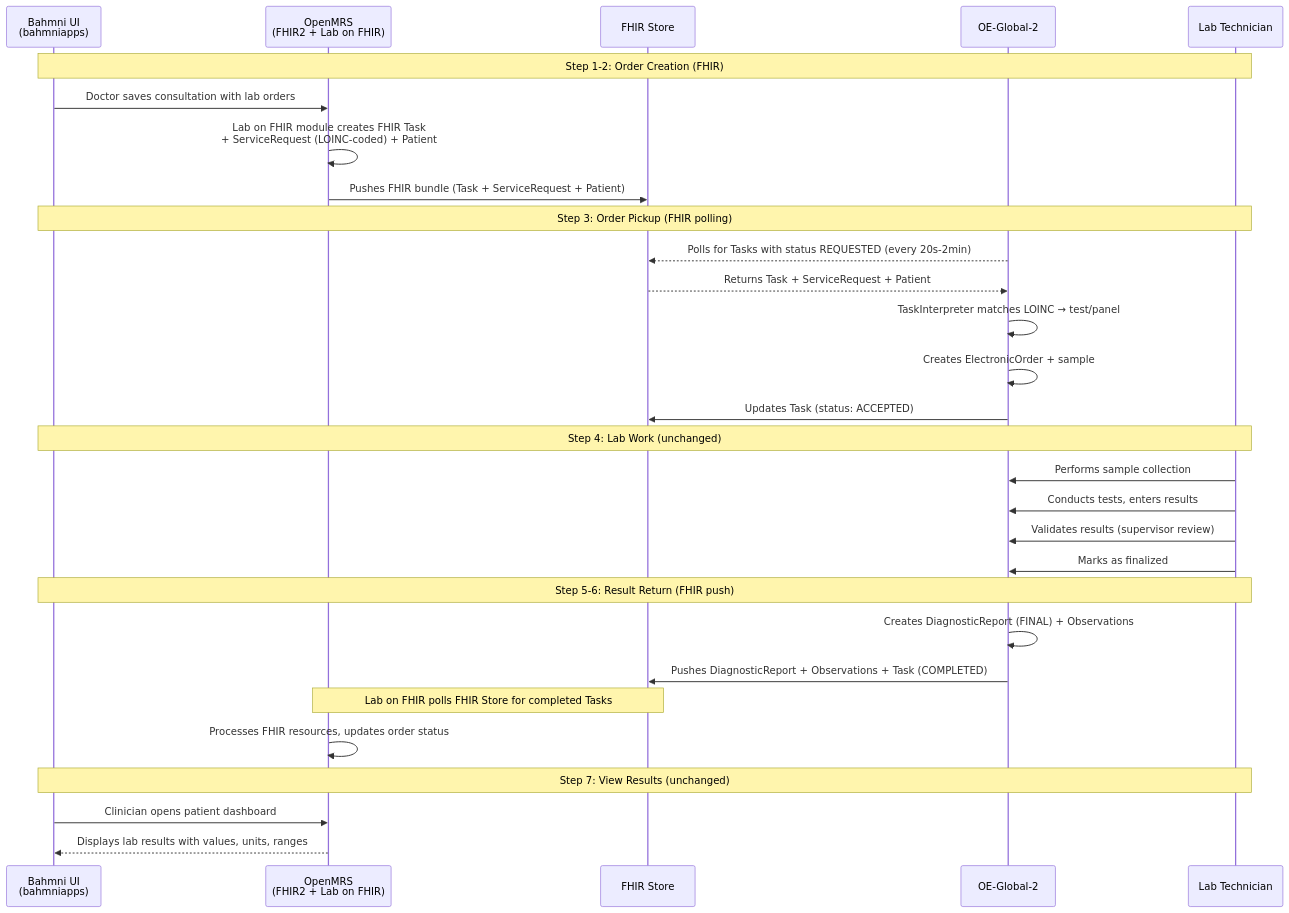
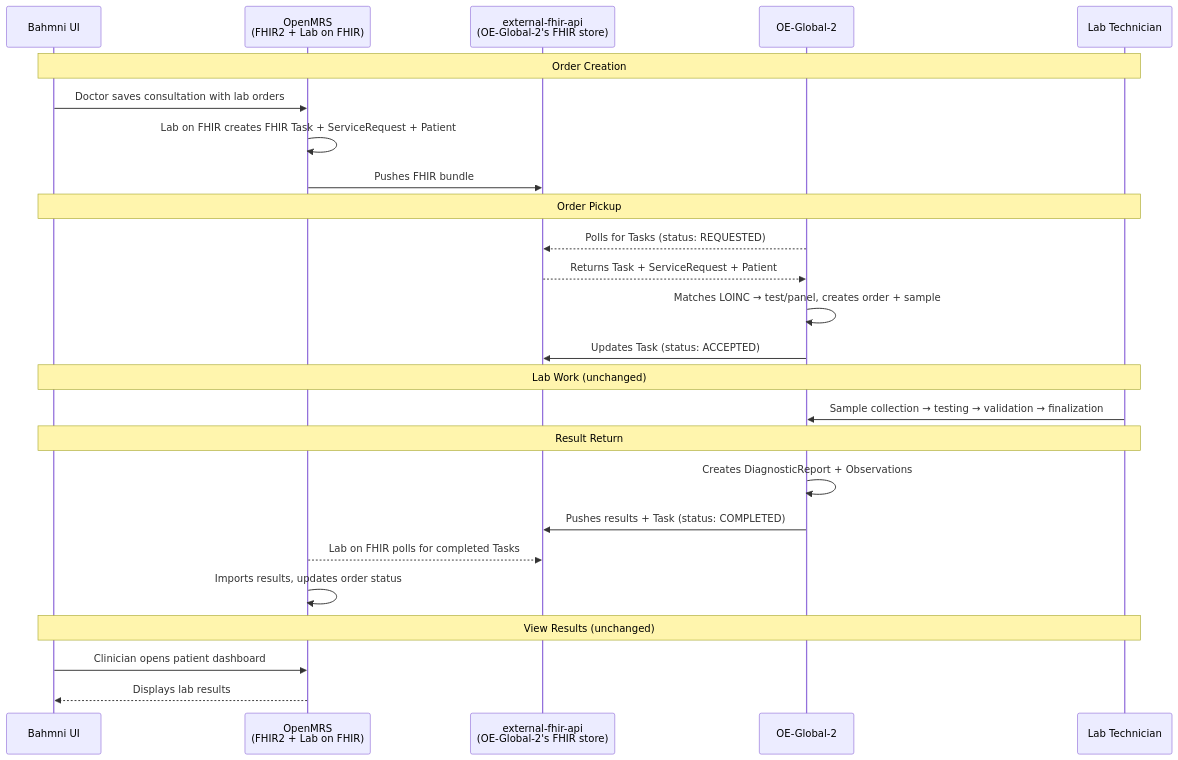
One commit to Bahmni/OpenElis changed the first of 2 diagrams in docs/proposed-flow-detail.md. Above: the diagram before and after it, drawn with Mermaid. The commit also changed other lines of this file and 4 other files, not shown here.

````diff
--- a/docs/proposed-flow-detail.md
+++ b/docs/proposed-flow-detail.md
@@ -16,36 +13,32 @@
 ```mermaid
 sequenceDiagram
-    participant UI as Bahmni UI<br/>(bahmniapps)
+    participant UI as Bahmni UI
     participant MRS as OpenMRS<br/>(FHIR2 + Lab on FHIR)
-    participant FHIR as FHIR Store
+    participant FHIR as external-fhir-api<br/>(OE-Global-2's FHIR store)
     participant OEG as OE-Global-2
     participant LAB as Lab Technician
 
-    Note over UI,LAB: Step 1-2: Order Creation (FHIR)
+    Note over UI,LAB: Order Creation
     UI->>MRS: Doctor saves consultation with lab orders
-    MRS->>MRS: Lab on FHIR module creates FHIR Task<br/>+ ServiceRequest (LOINC-coded) + Patient
-    MRS->>FHIR: Pushes FHIR bundle (Task + ServiceRequest + Patient)
+    MRS->>MRS: Lab on FHIR creates FHIR Task + ServiceRequest + Patient
+    MRS->>FHIR: Pushes FHIR bundle
 
-    Note over UI,LAB: Step 3: Order Pickup (FHIR polling)
-    OEG-->>FHIR: Polls for Tasks with status REQUESTED (every 20s-2min)
+    Note over UI,LAB: Order Pickup
+    OEG-->>FHIR: Polls for Tasks (status: REQUESTED)
     FHIR-->>OEG: Returns Task + ServiceRequest + Patient
-    OEG->>OEG: TaskInterpreter matches LOINC → test/panel
-    OEG->>OEG: Creates ElectronicOrder + sample
+    OEG->>OEG: Matches LOINC → test/panel, creates order + sample
     OEG->>FHIR: Updates Task (status: ACCEPTED)
 
-    Note over UI,LAB: Step 4: Lab Work (unchanged)
-    LAB->>OEG: Performs sample collection
-    LAB->>OEG: Conducts tests, enters results
-    LAB->>OEG: Validates results (supervisor review)
-    LAB->>OEG: Marks as finalized
+    Note over UI,LAB: Lab Work (unchanged)
+    LAB->>OEG: Sample collection → testing → validation → finalization
 
-    Note over UI,LAB: Step 5-6: Result Return (FHIR push)
-    OEG->>OEG: Creates DiagnosticReport (FINAL) + Observations
-    OEG->>FHIR: Pushes DiagnosticReport + Observations + Task (COMPLETED)
-    Note over MRS,FHIR: Lab on FHIR polls FHIR Store for completed Tasks
-    MRS->>MRS: Processes FHIR resources, updates order status
+    Note over UI,LAB: Result Return
+    OEG->>OEG: Creates DiagnosticReport + Observations
+    OEG->>FHIR: Pushes results + Task (status: COMPLETED)
+    MRS-->>FHIR: Lab on FHIR polls for completed Tasks
+    MRS->>MRS: Imports results, updates order status
 
-    Note over UI,LAB: Step 7: View Results (unchanged)
+    Note over UI,LAB: View Results (unchanged)
     UI->>MRS: Clinician opens patient dashboard
-    MRS-->>UI: Displays lab results with values, units, ranges
+    MRS-->>UI: Displays lab results
 ```
````
